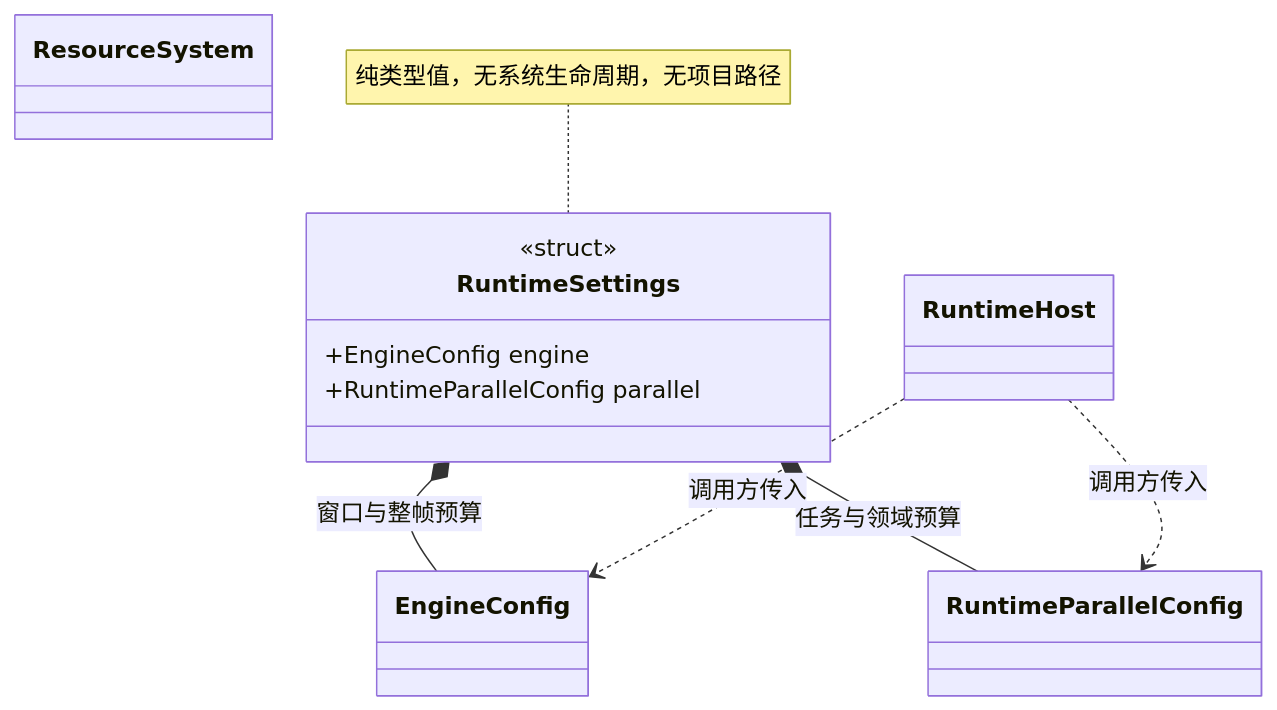
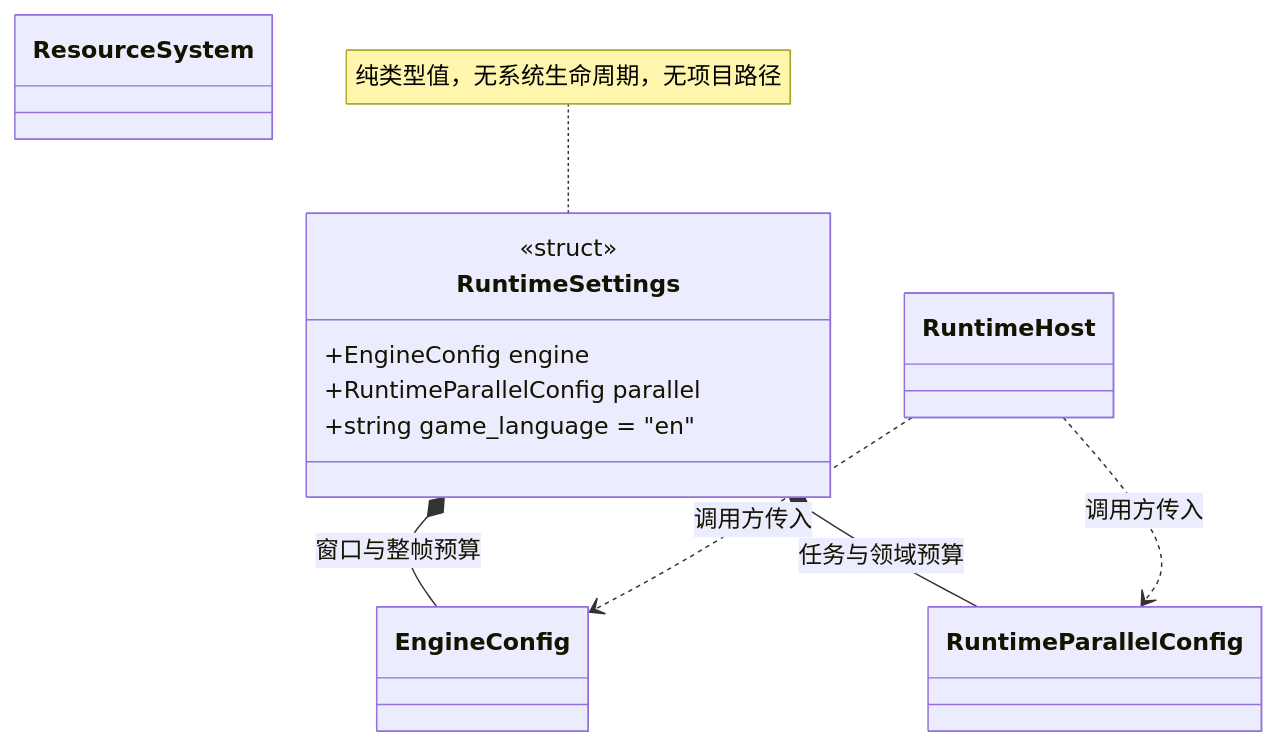
The diagram in docs/runtime/class-diagrams/runtime-settings.md (lcals/Engine), drawn with Mermaid before and after one commit. The commit also changed other lines of this file and 17 other files, not shown here.

Commit message:
Expose configured game language through App

````diff
--- a/docs/runtime/class-diagrams/runtime-settings.md
+++ b/docs/runtime/class-diagrams/runtime-settings.md
@@ -5,17 +5,18 @@
 ```mermaid
 classDiagram
     class RuntimeSettings {
         <<struct>>
         +EngineConfig engine
         +RuntimeParallelConfig parallel
+        +string game_language = "en"
     }
     class EngineConfig
     class RuntimeParallelConfig
     class RuntimeHost
     class ResourceSystem
     RuntimeSettings *-- EngineConfig : 窗口与整帧预算
     RuntimeSettings *-- RuntimeParallelConfig : 任务与领域预算
     RuntimeHost ..> EngineConfig : 调用方传入
     RuntimeHost ..> RuntimeParallelConfig : 调用方传入
     note for RuntimeSettings "纯类型值，无系统生命周期，无项目路径"
 ```
````
